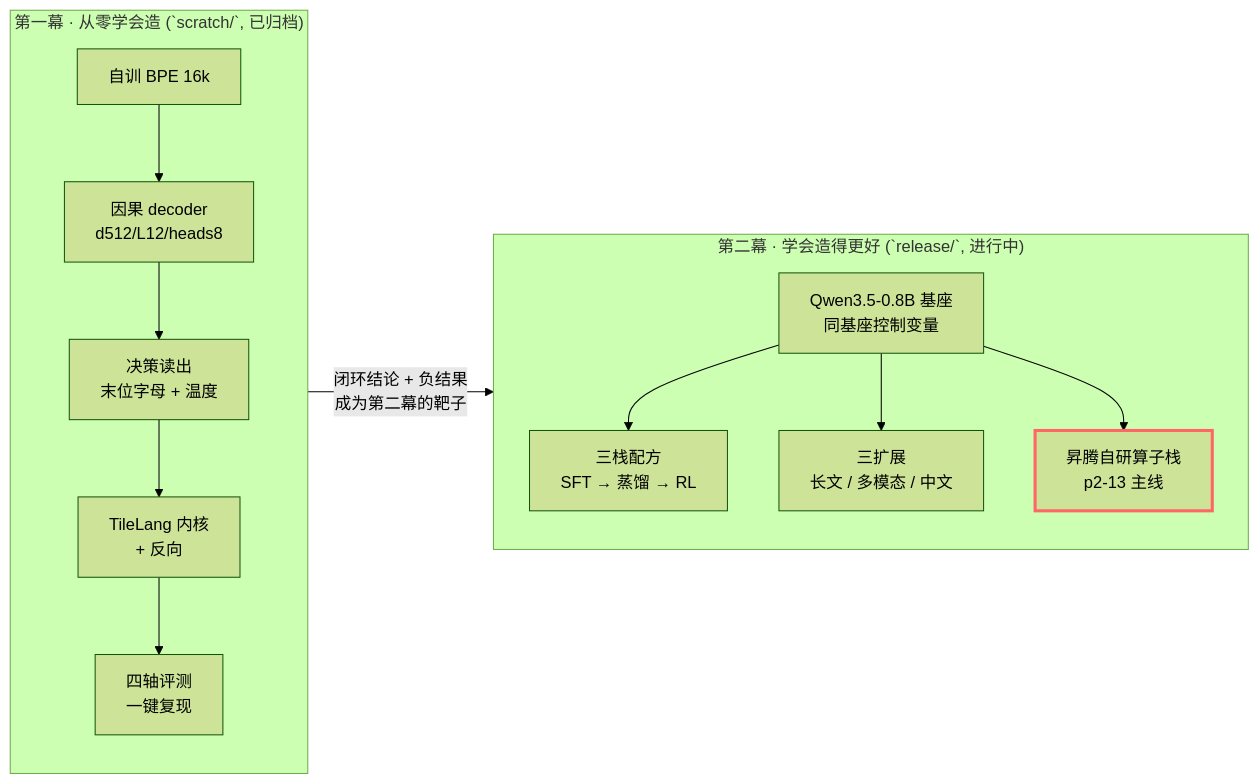
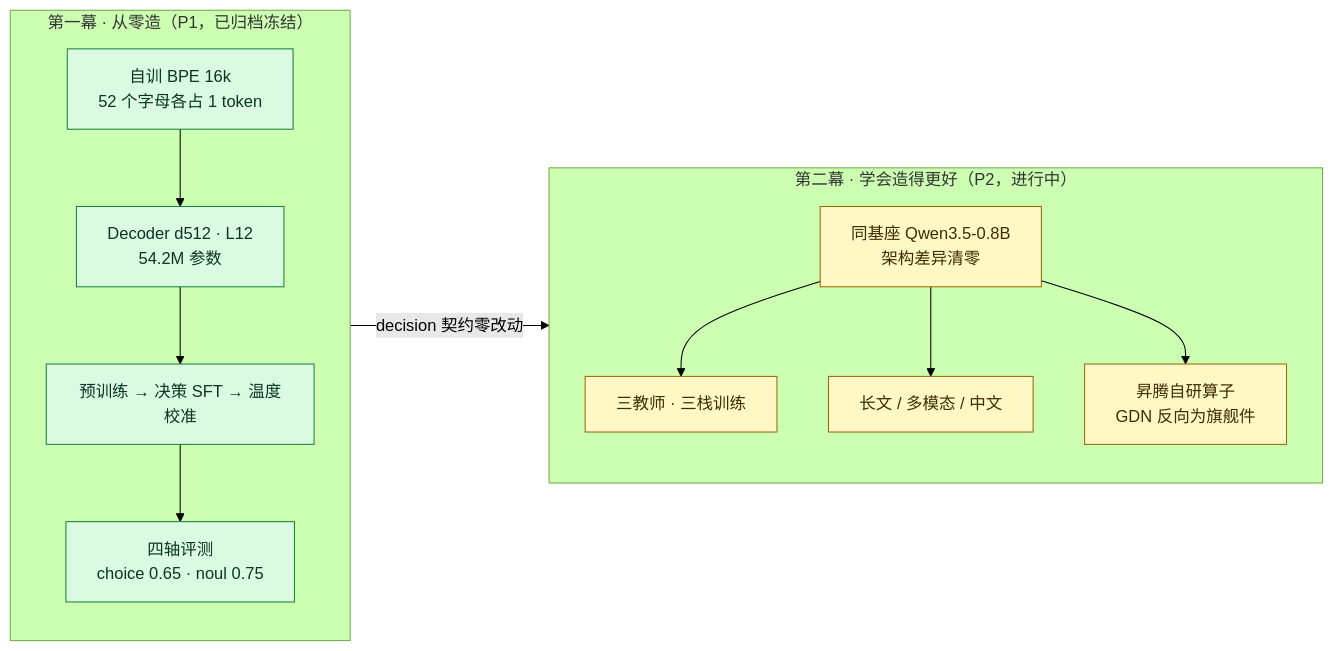
Before and after one commit to SpellingDragon/system-one-study: the first of 4 diagrams in README.md, drawn with Mermaid (forest theme). The commit also changed other lines of this file, not shown here.

First line of the commit message:
docs(readme): pyramid rewrite for a three-minute read, with native charts

````diff
--- a/README.md
+++ b/README.md
@@ -13,19 +19,21 @@
 ```mermaid
 flowchart LR
-    subgraph P1["第一幕 · 从零学会造 (`scratch/`, 已归档)"]
-        direction TB
-        A1["自训 BPE 16k"] --> A2["因果 decoder<br/>d512/L12/heads8"]
-        A2 --> A3["决策读出<br/>末位字母 + 温度"]
-        A3 --> A4["TileLang 内核<br/>+ 反向"]
-        A4 --> A5["四轴评测<br/>一键复现"]
-    end
-    subgraph P2["第二幕 · 学会造得更好 (`release/`, 进行中)"]
-        direction TB
-        B1["Qwen3.5-0.8B 基座<br/>同基座控制变量"]
-        B1 --> B2["三栈配方<br/>SFT → 蒸馏 → RL"]
-        B1 --> B3["三扩展<br/>长文 / 多模态 / 中文"]
-        B1 --> B4["昇腾自研算子栈<br/>p2-13 主线"]
-    end
-    P1 -->|"闭环结论 + 负结果<br/>成为第二幕的靶子"| P2
-    style B4 stroke:#f66,stroke-width:3px
+  subgraph P1["第一幕 · 从零造（P1，已归档冻结）"]
+    direction TB
+    A1["自训 BPE 16k<br/>52 个字母各占 1 token"] --> A2["Decoder d512 · L12<br/>54.2M 参数"]
+    A2 --> A3["预训练 → 决策 SFT → 温度校准"]
+    A3 --> A4["四轴评测<br/>choice 0.65 · noul 0.75"]
+  end
+  subgraph P2["第二幕 · 学会造得更好（P2，进行中）"]
+    direction TB
+    B0["同基座 Qwen3.5-0.8B<br/>架构差异清零"] --> B1["三教师 · 三栈训练"]
+    B0 --> B2["长文 / 多模态 / 中文"]
+    B0 --> B3["昇腾自研算子<br/>GDN 反向为旗舰件"]
+  end
+  A4 -->|"decision 契约零改动"| B0
+  classDef done fill:#dafbe1,stroke:#1a7f37,color:#0a3622
+  classDef part fill:#fff8c5,stroke:#9a6700,color:#3d2c00
+  classDef wait fill:#eaeef2,stroke:#57606a,color:#24292f
+  class A1,A2,A3,A4 done
+  class B0,B1,B2,B3 part
 ```
````
